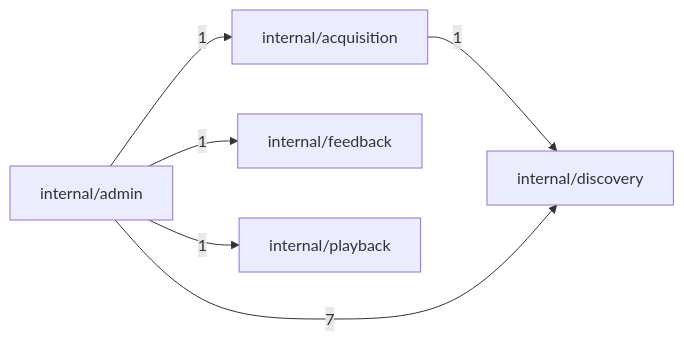
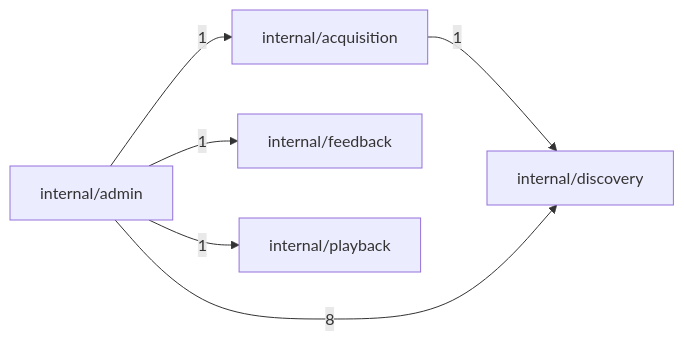
The fourth of 6 diagrams in docs/architecture.md (aleburrascano/altune), drawn with Mermaid before and after one commit. The commit also changed 6 other files, not shown here.

````diff
--- a/docs/architecture.md
+++ b/docs/architecture.md
@@ -155,13 +155,13 @@
 ```mermaid
 flowchart LR
   services_go_api_internal_acquisition["internal/acquisition"]
   services_go_api_internal_admin["internal/admin"]
   services_go_api_internal_discovery["internal/discovery"]
   services_go_api_internal_feedback["internal/feedback"]
   services_go_api_internal_playback["internal/playback"]
   services_go_api_internal_acquisition -->|1| services_go_api_internal_discovery
   services_go_api_internal_admin -->|1| services_go_api_internal_acquisition
-  services_go_api_internal_admin -->|7| services_go_api_internal_discovery
+  services_go_api_internal_admin -->|8| services_go_api_internal_discovery
   services_go_api_internal_admin -->|1| services_go_api_internal_feedback
   services_go_api_internal_admin -->|1| services_go_api_internal_playback
 ```
````
